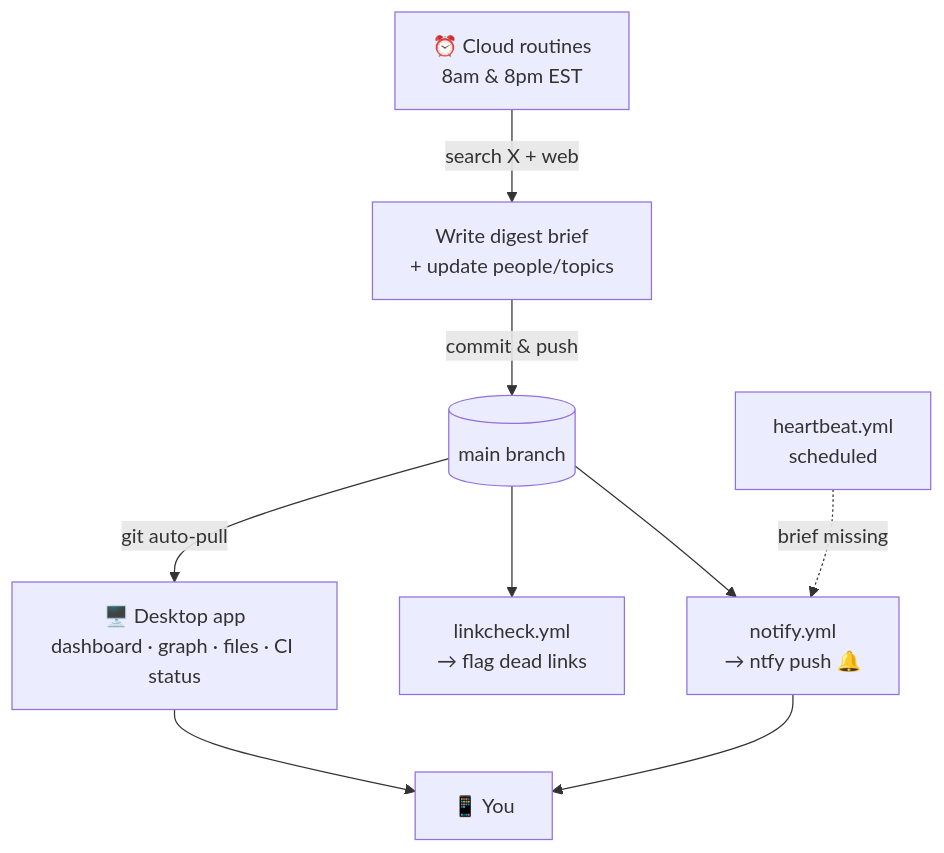
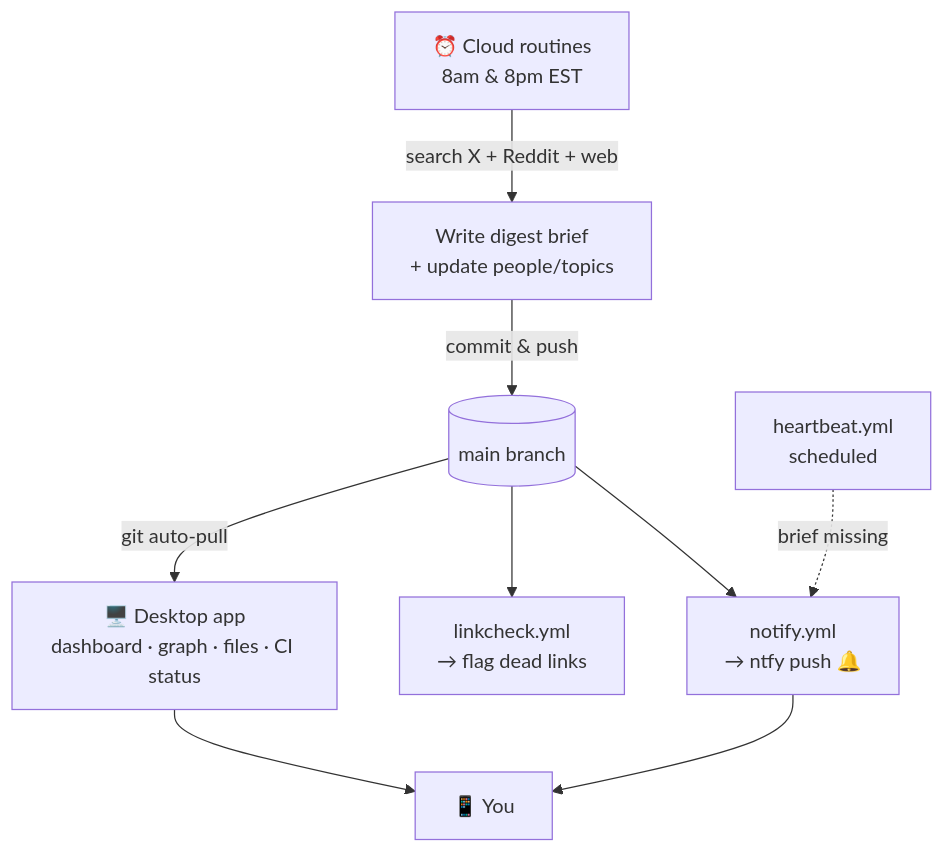
Before and after one commit to krish-shahh/ai-intel: the diagram in README.md, drawn with Mermaid. The commit also changed other lines of this file, not shown here.

Commit message:
docs: README reflects Reddit/JSON sourcing, freshness, dedup, plain-voice writing

````diff
--- a/README.md
+++ b/README.md
@@ -11,11 +11,11 @@
 ```mermaid
 flowchart TD
-    R["⏰ Cloud routines<br/>8am &amp; 8pm EST"] -->|search X + web| W["Write digest brief<br/>+ update people/topics"]
+    R["⏰ Cloud routines<br/>8am &amp; 8pm EST"] -->|search X + Reddit + web| W["Write digest brief<br/>+ update people/topics"]
     W -->|commit &amp; push| M[("main branch")]
     M --> N["notify.yml<br/>→ ntfy push 🔔"]
     M --> L["linkcheck.yml<br/>→ flag dead links"]
     H["heartbeat.yml<br/>scheduled"] -.->|brief missing| N
     M -->|git auto-pull| A["🖥️ Desktop app<br/>dashboard · graph · files · CI status"]
     N --> U["📱 You"]
     A --> U
 ```
````
